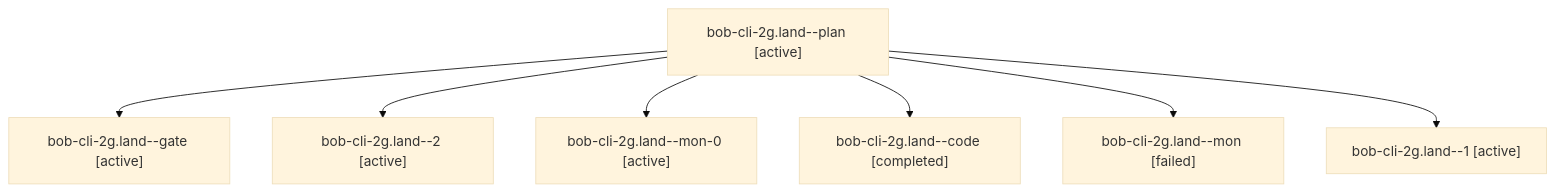
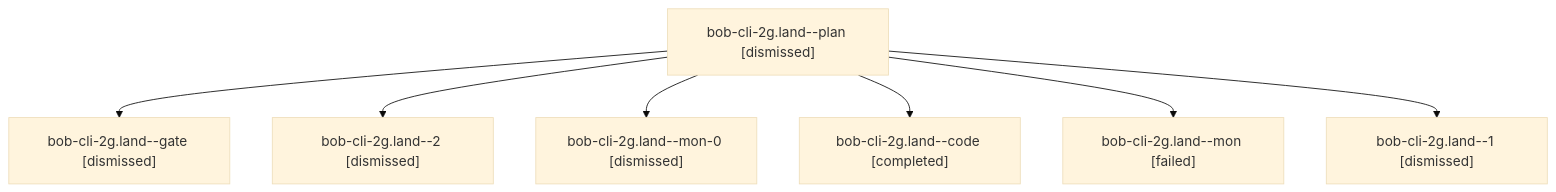
The diagram in sessions/bbugyi200.apollo.bob-cli-2g.land.md (bobs-org/bob-cli--agents), drawn with Mermaid (base theme) before and after one commit. The commit also changed other lines of this file and 149 other files, not shown here.

````diff
--- a/sessions/bbugyi200.apollo.bob-cli-2g.land.md
+++ b/sessions/bbugyi200.apollo.bob-cli-2g.land.md
@@ -9,16 +9,16 @@
 ```mermaid
 flowchart TD
-  n0["bob-cli-2g.land--plan [active]"]
-  n1["bob-cli-2g.land--gate [active]"]
+  n0["bob-cli-2g.land--plan [dismissed]"]
+  n1["bob-cli-2g.land--gate [dismissed]"]
   n0 --> n1
-  n2["bob-cli-2g.land--2 [active]"]
+  n2["bob-cli-2g.land--2 [dismissed]"]
   n0 --> n2
-  n3["bob-cli-2g.land--mon-0 [active]"]
+  n3["bob-cli-2g.land--mon-0 [dismissed]"]
   n0 --> n3
   n4["bob-cli-2g.land--code [completed]"]
   n0 --> n4
   n5["bob-cli-2g.land--mon [failed]"]
   n0 --> n5
-  n6["bob-cli-2g.land--1 [active]"]
+  n6["bob-cli-2g.land--1 [dismissed]"]
   n0 --> n6
 ```
````
